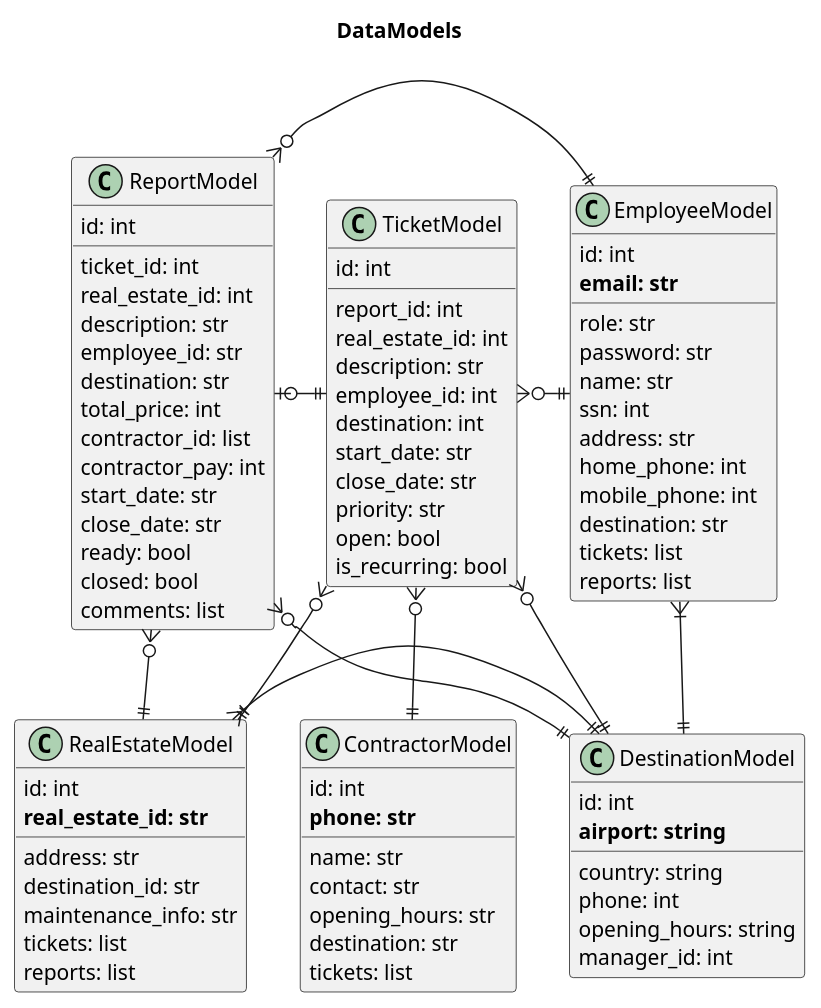
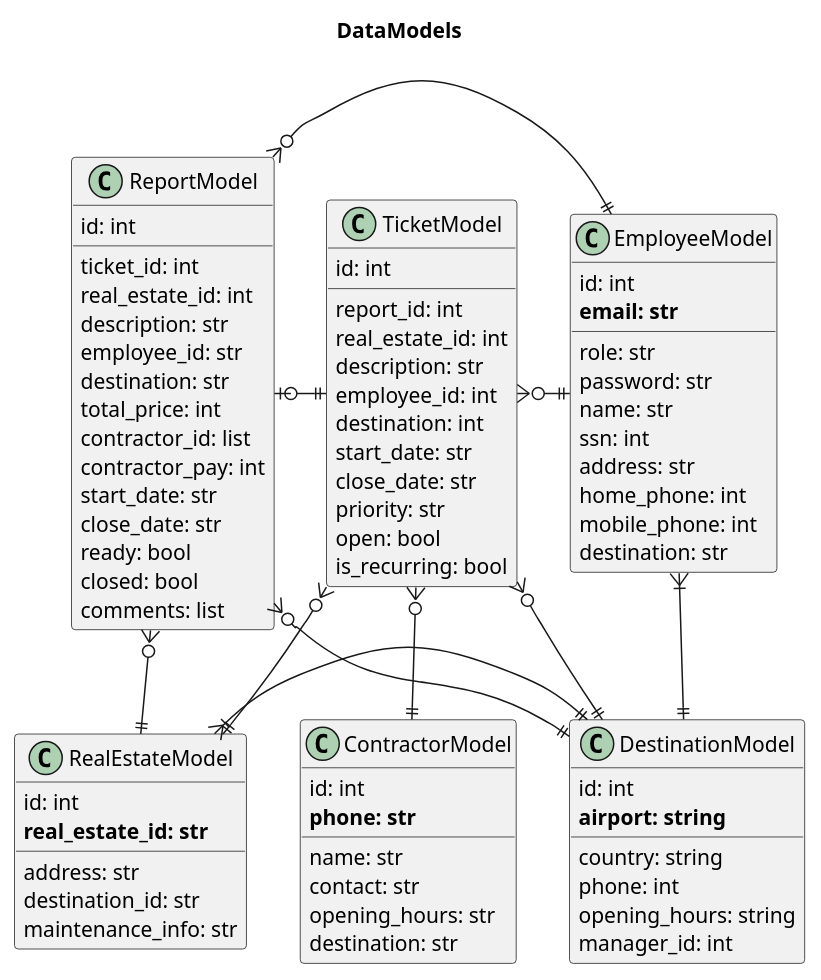
Before and after one commit to unnar19/pepsi-max: the diagram in design/class_diagrams/data_models_relationships.puml, drawn with PlantUML.

Commit message:
fix class diagram

```diff
--- a/design/class_diagrams/data_models_relationships.puml
+++ b/design/class_diagrams/data_models_relationships.puml
@@ -1,98 +1,93 @@
 @startuml DataModels
 
 hide empty methods
 hide empty members
 
 title DataModels
 
 class EmployeeModel{
     id: int
     **email: str**
     __
     role: str
     password: str
     name: str
     ssn: int
     address: str
     home_phone: int
     mobile_phone: int
     destination: str
-    tickets: list
-    reports: list
 }
 class ContractorModel{
     id: int
     **phone: str**
     __
     name: str
     contact: str
     opening_hours: str
     destination: str
-    tickets: list
 }
 class RealEstateModel{
     id: int
     **real_estate_id: str**
     __
     address: str
     destination_id: str
     maintenance_info: str
-    tickets: list
-    reports: list
 }
 class ReportModel{
     id: int
     __
     ticket_id: int
     real_estate_id: int
     description: str
     employee_id: str
     destination: str
     total_price: int
     contractor_id: list
     contractor_pay: int
     start_date: str
     close_date: str
     ready: bool
     closed: bool
     comments: list
 }
 class DestinationModel {
     id: int
     **airport: string**
     __
     country: string
     phone: int
     opening_hours: string
     manager_id: int
 }
 class TicketModel{
     id: int
     __
     report_id: int
     real_estate_id: int
     description: str
     employee_id: int
     destination: int
     start_date: str
     close_date: str
     priority: str
     open: bool
     is_recurring: bool
 }
 
 TicketModel ||-left-o| ReportModel
 TicketModel }o-right-|| EmployeeModel
 TicketModel }o--|| ContractorModel
 TicketModel }o--|| RealEstateModel
 TicketModel }o--|| DestinationModel
 
 EmployeeModel ||-left-o{ ReportModel
 EmployeeModel }|--|| DestinationModel
 
 ReportModel }o--|| RealEstateModel
 ReportModel }o--|| DestinationModel
 
 DestinationModel ||-left-|{ RealEstateModel   
 
 @enduml
```
